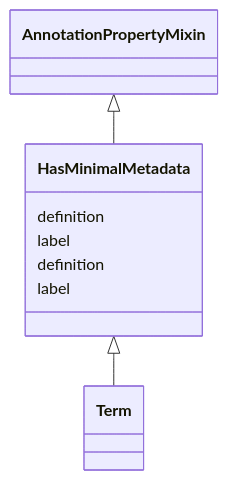
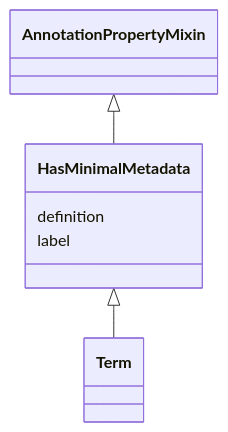
Before and after one commit to INCATools/ontology-access-kit: the diagram in ontology-metadata/HasMinimalMetadata.md, drawn with Mermaid. The commit also changed 1783 other files, not shown here.

````diff
--- a/ontology-metadata/HasMinimalMetadata.md
+++ b/ontology-metadata/HasMinimalMetadata.md
@@ -11,15 +11,15 @@
 ```{mermaid}
  classDiagram
     class HasMinimalMetadata
       AnnotationPropertyMixin <|-- HasMinimalMetadata
       
-      HasMinimalMetadata : definition
-      HasMinimalMetadata : label
-      
 
       HasMinimalMetadata <|-- Term
       
+      
       HasMinimalMetadata : definition
+        
       HasMinimalMetadata : label
+        
       
 ```
````
